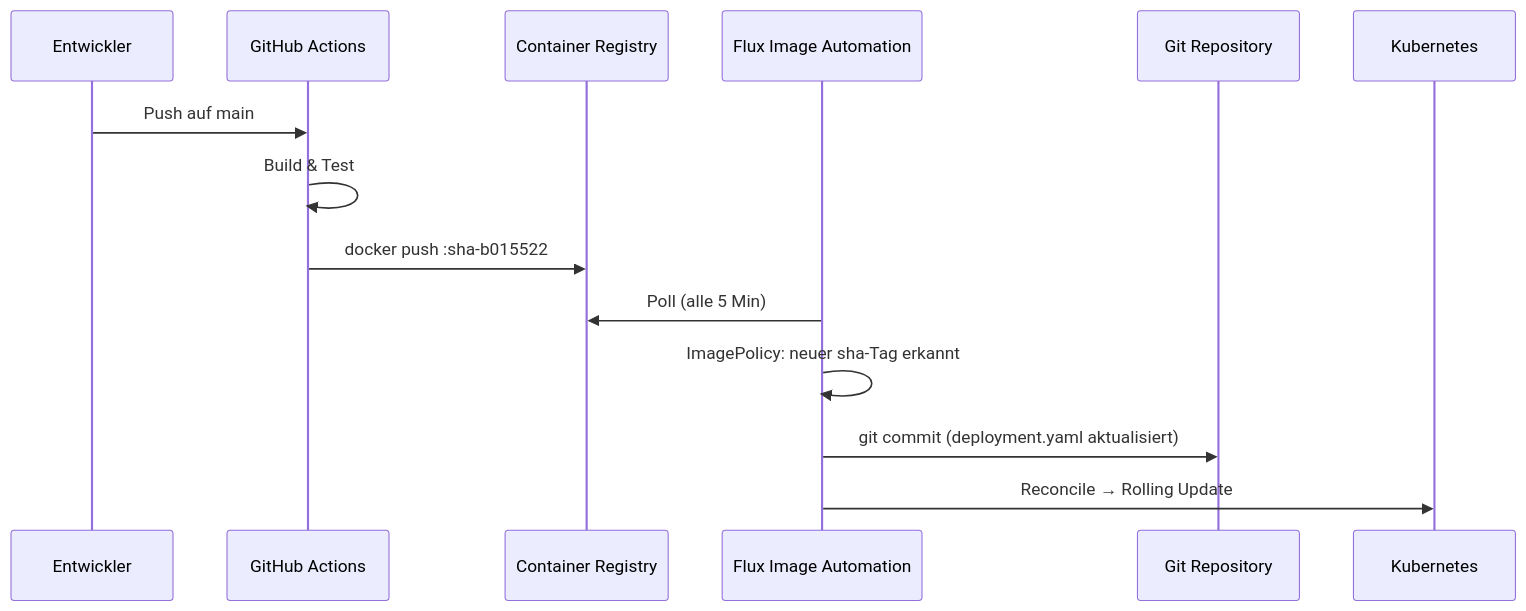
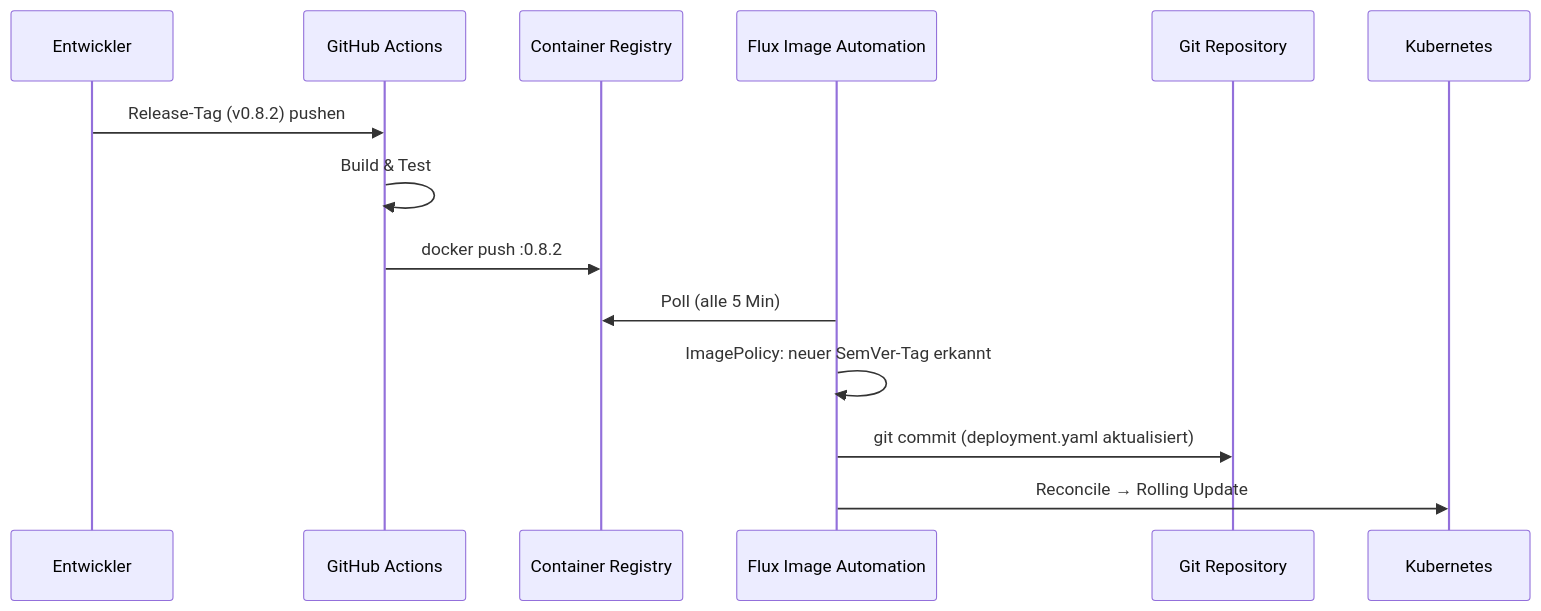
The diagram in docs/infra/modules/ROOT/pages/gitops/image-automation.adoc (tomirgang/tomsblog), drawn with Mermaid before and after one commit. The commit also changed other lines of this file and 5 other files, not shown here.

```diff
--- a/docs/infra/modules/ROOT/pages/gitops/image-automation.adoc
+++ b/docs/infra/modules/ROOT/pages/gitops/image-automation.adoc
@@ -20,18 +21,18 @@
 [mermaid]
 ----
 sequenceDiagram
     participant Dev as Entwickler
     participant GH as GitHub Actions
     participant GHCR as Container Registry
     participant FLUX as Flux Image Automation
     participant REPO as Git Repository
     participant K8S as Kubernetes
 
-    Dev->>GH: Push auf main
+    Dev->>GH: Release-Tag (v0.8.2) pushen
     GH->>GH: Build & Test
-    GH->>GHCR: docker push :sha-b015522
+    GH->>GHCR: docker push :0.8.2
     FLUX->>GHCR: Poll (alle 5 Min)
-    FLUX->>FLUX: ImagePolicy: neuer sha-Tag erkannt
+    FLUX->>FLUX: ImagePolicy: neuer SemVer-Tag erkannt
     FLUX->>REPO: git commit (deployment.yaml aktualisiert)
     FLUX->>K8S: Reconcile → Rolling Update
 ----
```
